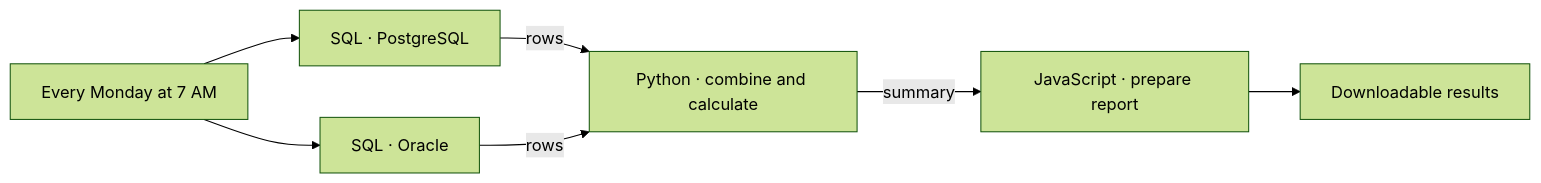
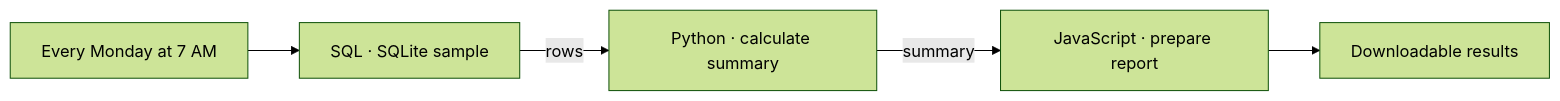
One commit to haowen-ai/sleep-in changed the first of 3 diagrams in README.md. Above: the diagram before and after it, drawn with Mermaid (forest theme). The commit also changed other lines of this file and 43 other files, not shown here.

````diff
--- a/README.md
+++ b/README.md
@@ -27,9 +27,7 @@
 ```mermaid
 flowchart LR
-  T[Every Monday at 7 AM] --> P[SQL · PostgreSQL]
-  T --> O[SQL · Oracle]
-  P -->|rows| PY[Python · combine and calculate]
-  O -->|rows| PY
+  T[Every Monday at 7 AM] --> P[SQL · SQLite sample]
+  P -->|rows| PY[Python · calculate summary]
   PY -->|summary| JS[JavaScript · prepare report]
   JS --> R[Downloadable results]
 ```
````
